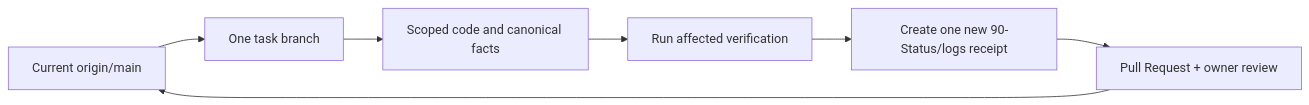
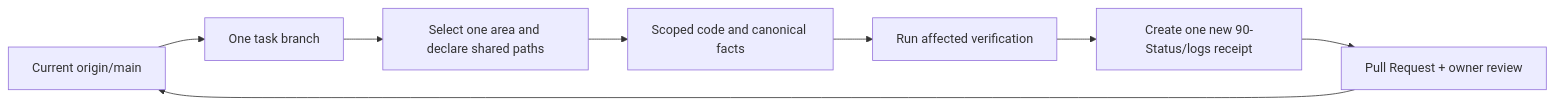
One commit to kraveerachat/Project-End-The-AEGIS changed the diagram in Obsidian_AEGIS_Vault/AEGIS_Knowledge/core/agent-operating-rules.md. Above: the diagram before and after it, drawn with Mermaid. The commit also changed other lines of this file and 5 other files, not shown here.

````diff
--- a/Obsidian_AEGIS_Vault/AEGIS_Knowledge/core/agent-operating-rules.md
+++ b/Obsidian_AEGIS_Vault/AEGIS_Knowledge/core/agent-operating-rules.md
@@ -40,9 +39,10 @@
 ```mermaid
 flowchart LR
     Main["Current origin/main"] --> Branch["One task branch"]
-    Branch --> Work["Scoped code and canonical facts"]
+    Branch --> Scope["Select one area and declare shared paths"]
+    Scope --> Work["Scoped code and canonical facts"]
     Work --> Test["Run affected verification"]
     Test --> Receipt["Create one new 90-Status/logs receipt"]
     Receipt --> PR["Pull Request + owner review"]
     PR --> Main
 ```
````
